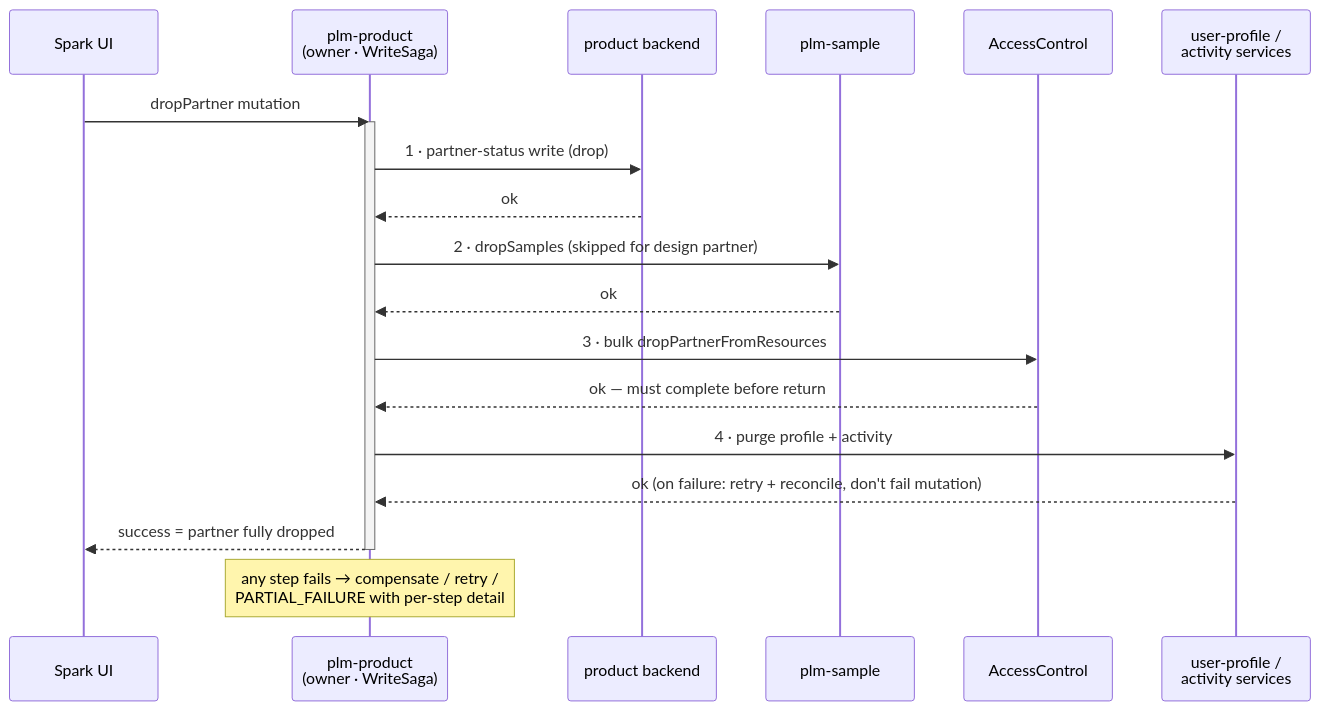
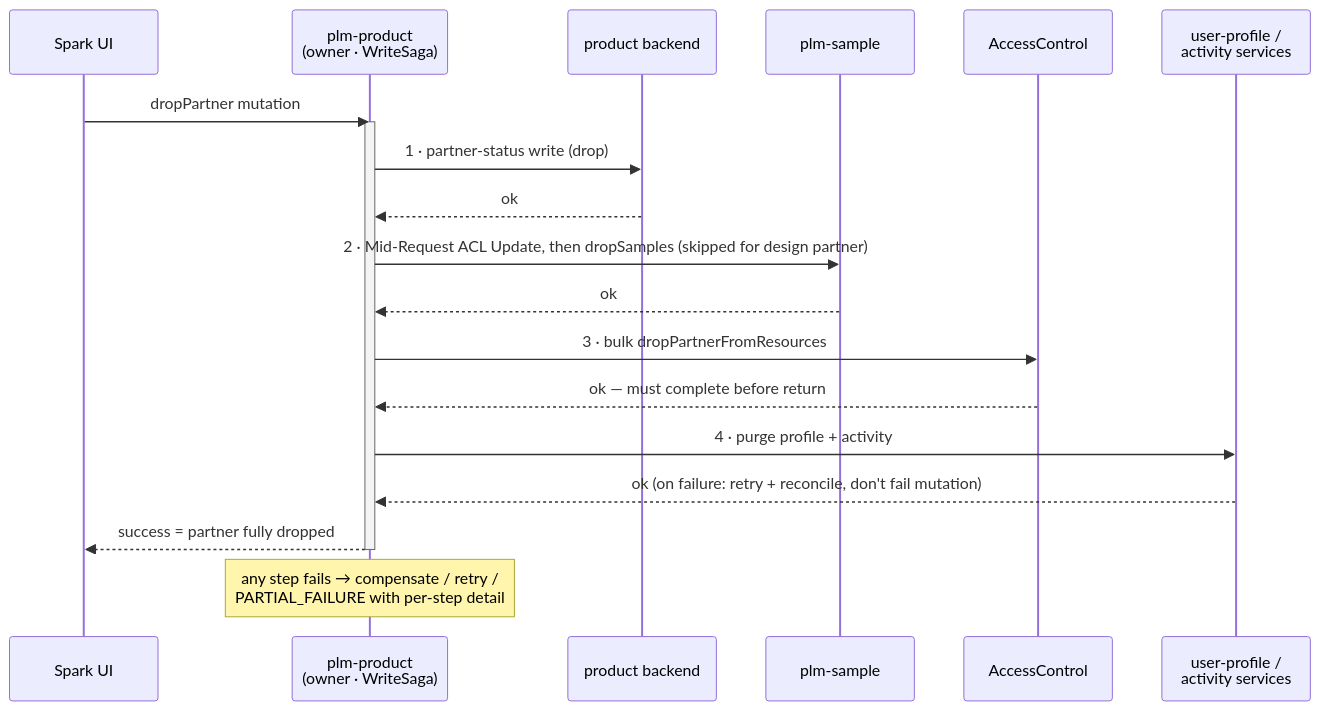
The first of 2 diagrams in output/complexStories/partner-drop-undrop-write/01-adr-partner-drop-undrop.md (SarithaMathai/migration), drawn with Mermaid before and after one commit. The commit also changed other lines of this file and 152 other files, not shown here.

````diff
--- a/output/complexStories/partner-drop-undrop-write/01-adr-partner-drop-undrop.md
+++ b/output/complexStories/partner-drop-undrop-write/01-adr-partner-drop-undrop.md
@@ -200,23 +214,23 @@
 ```mermaid
 sequenceDiagram
     participant UI as Spark UI
     participant PP as plm-product<br/>(owner · WriteSaga)
     participant PB as product backend
     participant SM as plm-sample
     participant ACL as AccessControl
     participant UP as user-profile /<br/>activity services
 
     UI->>PP: dropPartner mutation
     activate PP
     PP->>PB: 1 · partner-status write (drop)
     PB-->>PP: ok
-    PP->>SM: 2 · dropSamples (skipped for design partner)
+    PP->>SM: 2 · Mid-Request ACL Update, then dropSamples (skipped for design partner)
     SM-->>PP: ok
     PP->>ACL: 3 · bulk dropPartnerFromResources
     ACL-->>PP: ok — must complete before return
     PP->>UP: 4 · purge profile + activity
     UP-->>PP: ok (on failure: retry + reconcile, don't fail mutation)
     PP-->>UI: success = partner fully dropped
     deactivate PP
     Note over PP: any step fails → compensate / retry /<br/>PARTIAL_FAILURE with per-step detail
 ```
````
